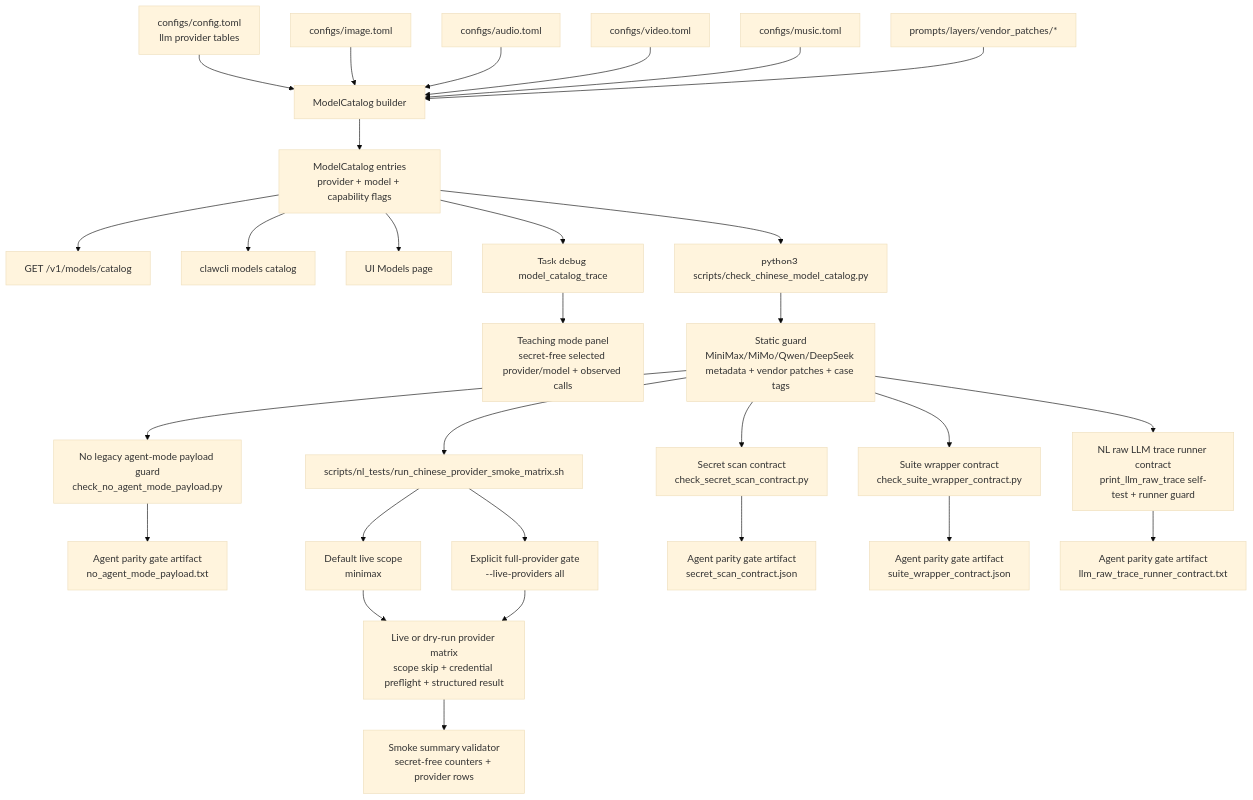
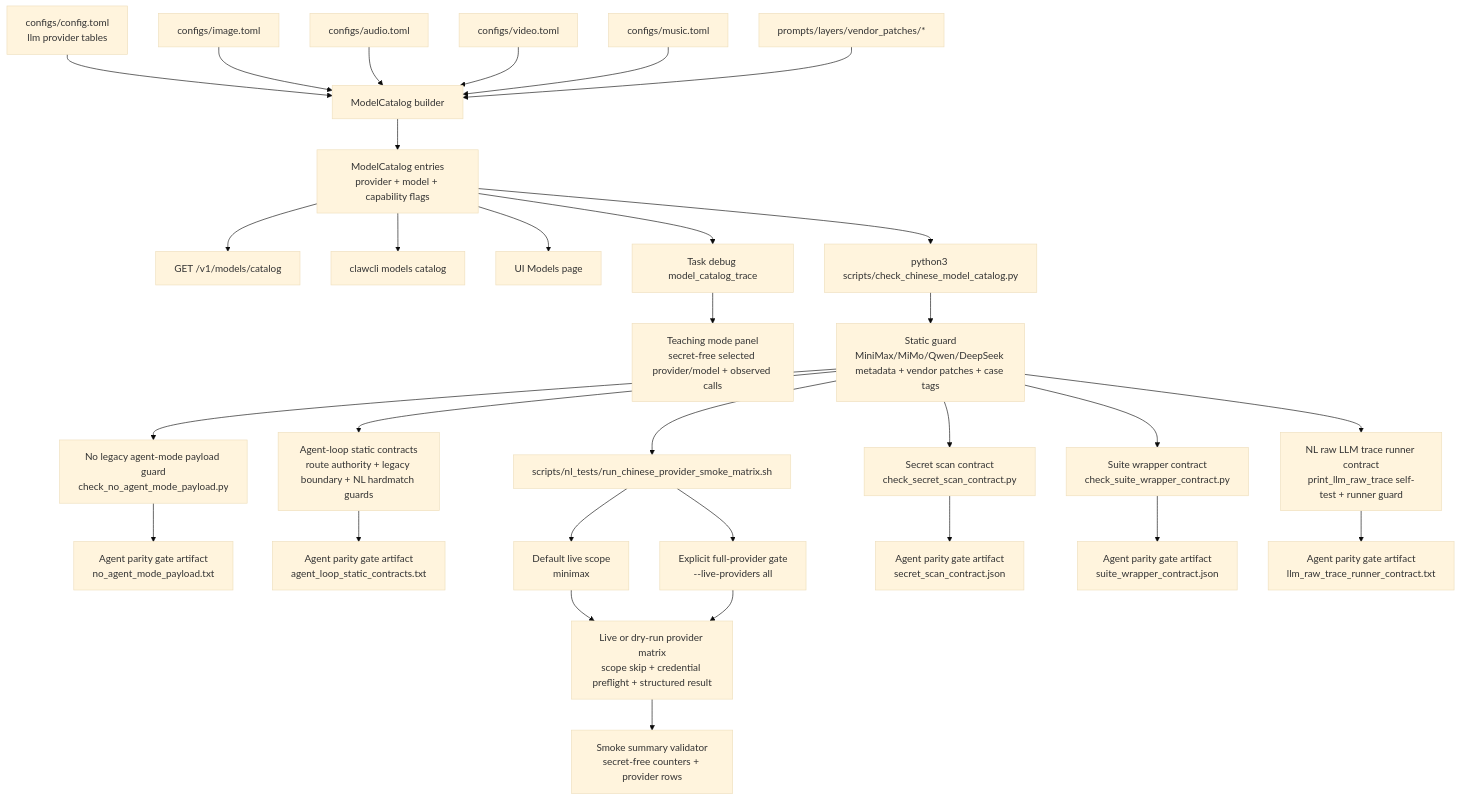
Before and after one commit to MatrixCoreX/RustClaw: diagram 16 of 16 in README.md, drawn with Mermaid (base theme). The commit also changed other lines of this file and 2 other files, not shown here.

Commit message:
Gate agent loop static contracts

````diff
--- a/README.md
+++ b/README.md
@@ -744,31 +744,33 @@
 ```mermaid
 flowchart TD
     A[configs/config.toml<br/>llm provider tables] --> B[ModelCatalog builder]
     C[configs/image.toml] --> B
     D[configs/audio.toml] --> B
     E[configs/video.toml] --> B
     F[configs/music.toml] --> B
     G[prompts/layers/vendor_patches/*] --> B
     B --> H[ModelCatalog entries<br/>provider + model + capability flags]
     H --> I[GET /v1/models/catalog]
     H --> J[clawcli models catalog]
     H --> K[UI Models page]
     H --> L[Task debug model_catalog_trace]
     L --> M[Teaching mode panel<br/>secret-free selected provider/model + observed calls]
     H --> N[python3 scripts/check_chinese_model_catalog.py]
     N --> O[Static guard<br/>MiniMax/MiMo/Qwen/DeepSeek metadata + vendor patches + case tags]
     O --> AM[No legacy agent-mode payload guard<br/>check_no_agent_mode_payload.py]
     AM --> AA[Agent parity gate artifact<br/>no_agent_mode_payload.txt]
+    O --> ALS[Agent-loop static contracts<br/>route authority + legacy boundary + NL hardmatch guards]
+    ALS --> ALA[Agent parity gate artifact<br/>agent_loop_static_contracts.txt]
     O --> SC[Secret scan contract<br/>check_secret_scan_contract.py]
     O --> P[scripts/nl_tests/run_chinese_provider_smoke_matrix.sh]
     P --> PS[Default live scope<br/>minimax]
     PS --> Q[Live or dry-run provider matrix<br/>scope skip + credential preflight + structured result]
     P --> R[Explicit full-provider gate<br/>--live-providers all]
     R --> Q
     Q --> SV[Smoke summary validator<br/>secret-free counters + provider rows]
     SC --> AP[Agent parity gate artifact<br/>secret_scan_contract.json]
     O --> SW[Suite wrapper contract<br/>check_suite_wrapper_contract.py]
     SW --> AW[Agent parity gate artifact<br/>suite_wrapper_contract.json]
     O --> LT[NL raw LLM trace runner contract<br/>print_llm_raw_trace self-test + runner guard]
     LT --> AT[Agent parity gate artifact<br/>llm_raw_trace_runner_contract.txt]
 ```
````
